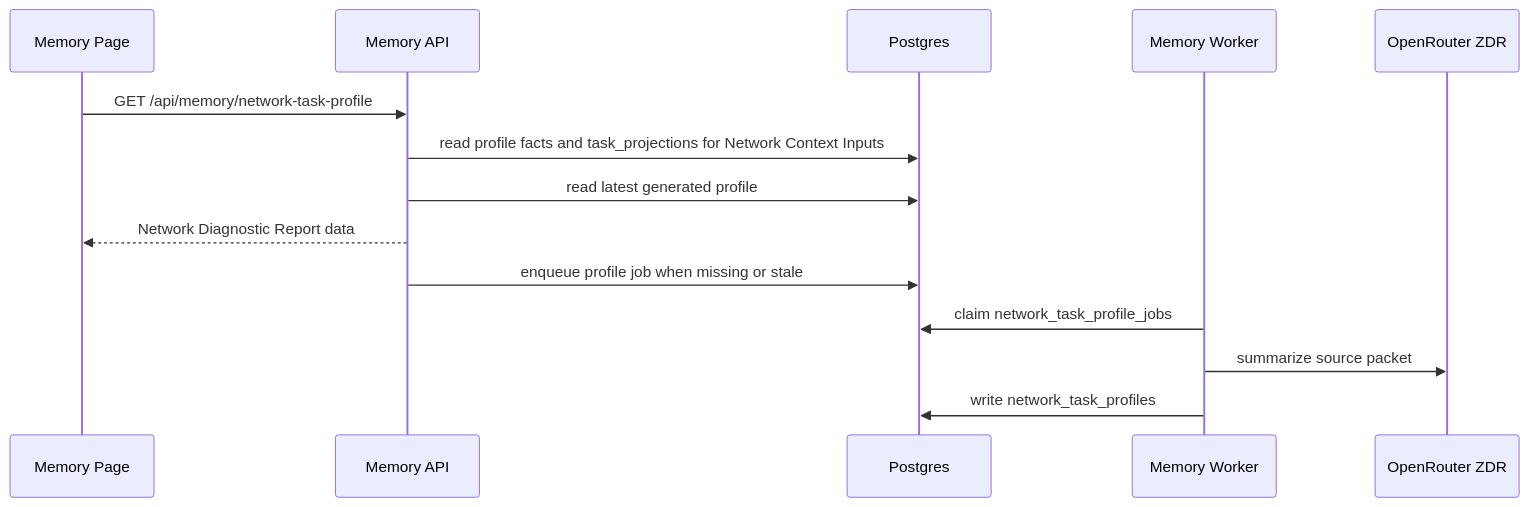
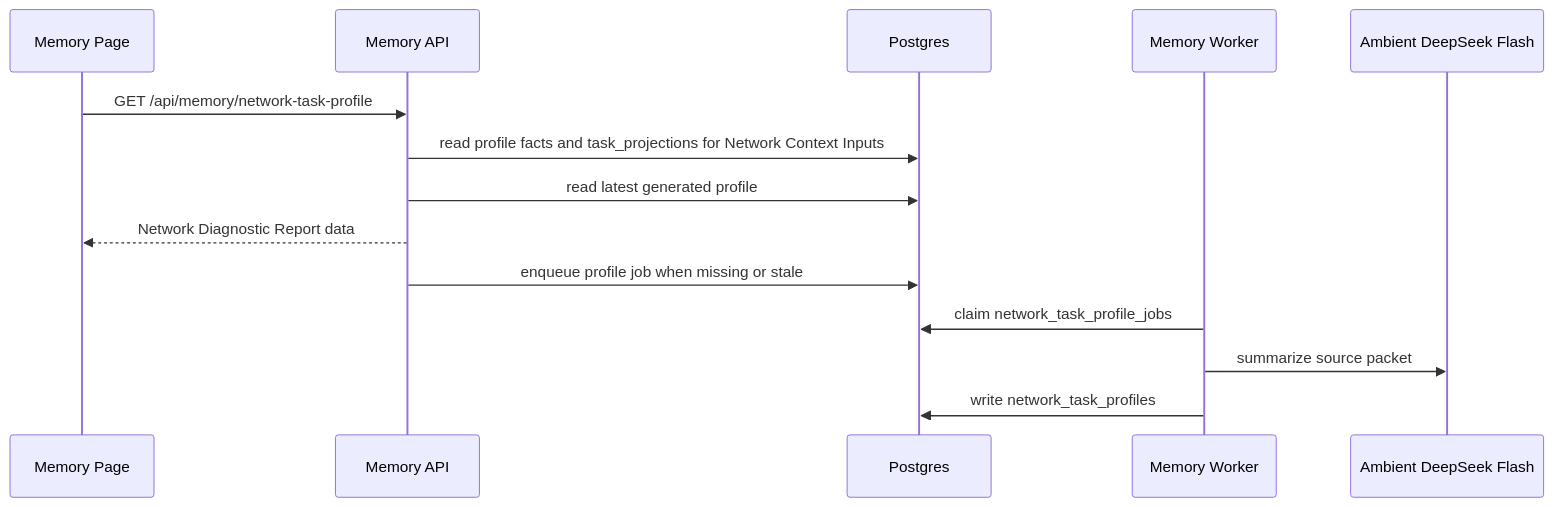
The second of 2 diagrams in docs/wiki/surfaces/memory.md (postfiatorg/tasknode), drawn with Mermaid before and after one commit. The commit also changed other lines of this file and 204 other files, not shown here.

````diff
--- a/docs/wiki/surfaces/memory.md
+++ b/docs/wiki/surfaces/memory.md
@@ -141,16 +144,16 @@
 ```mermaid
 sequenceDiagram
   participant UI as Memory Page
   participant API as Memory API
   participant DB as Postgres
   participant Worker as Memory Worker
-  participant OR as OpenRouter ZDR
+  participant OR as Ambient DeepSeek Flash
   UI->>API: GET /api/memory/network-task-profile
   API->>DB: read profile facts and task_projections for Network Context Inputs
   API->>DB: read latest generated profile
   API-->>UI: Network Diagnostic Report data
   API->>DB: enqueue profile job when missing or stale
   Worker->>DB: claim network_task_profile_jobs
   Worker->>OR: summarize source packet
   Worker->>DB: write network_task_profiles
 ```
````
